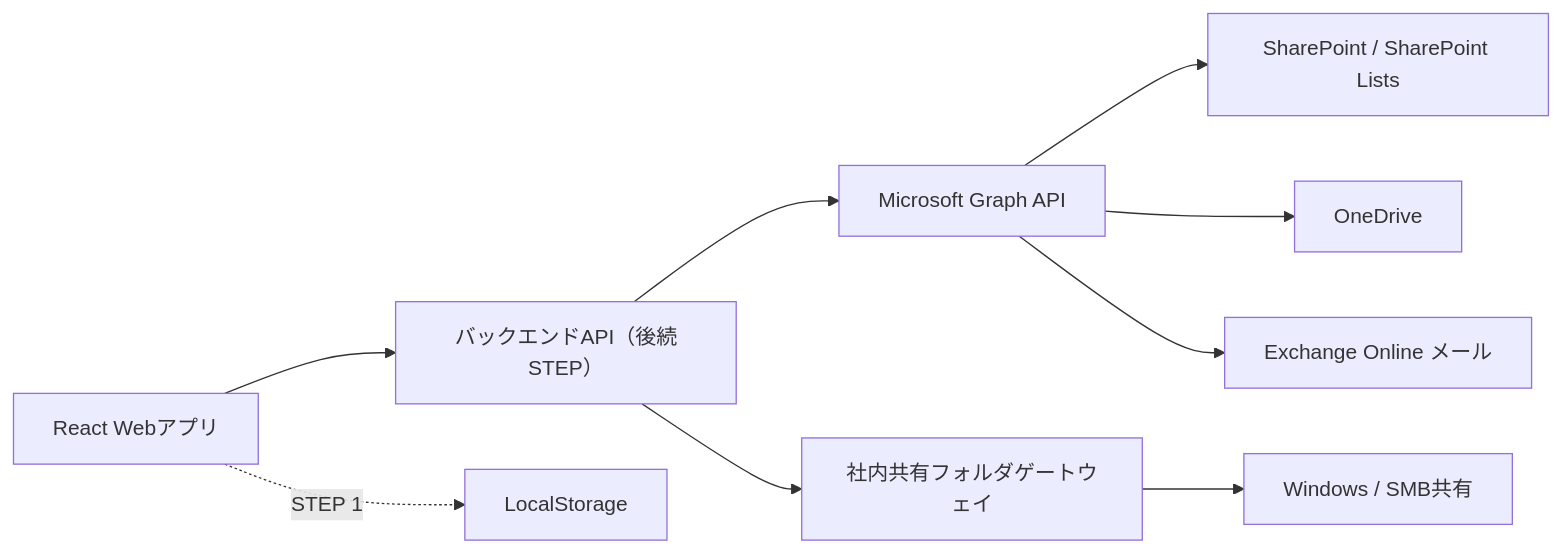
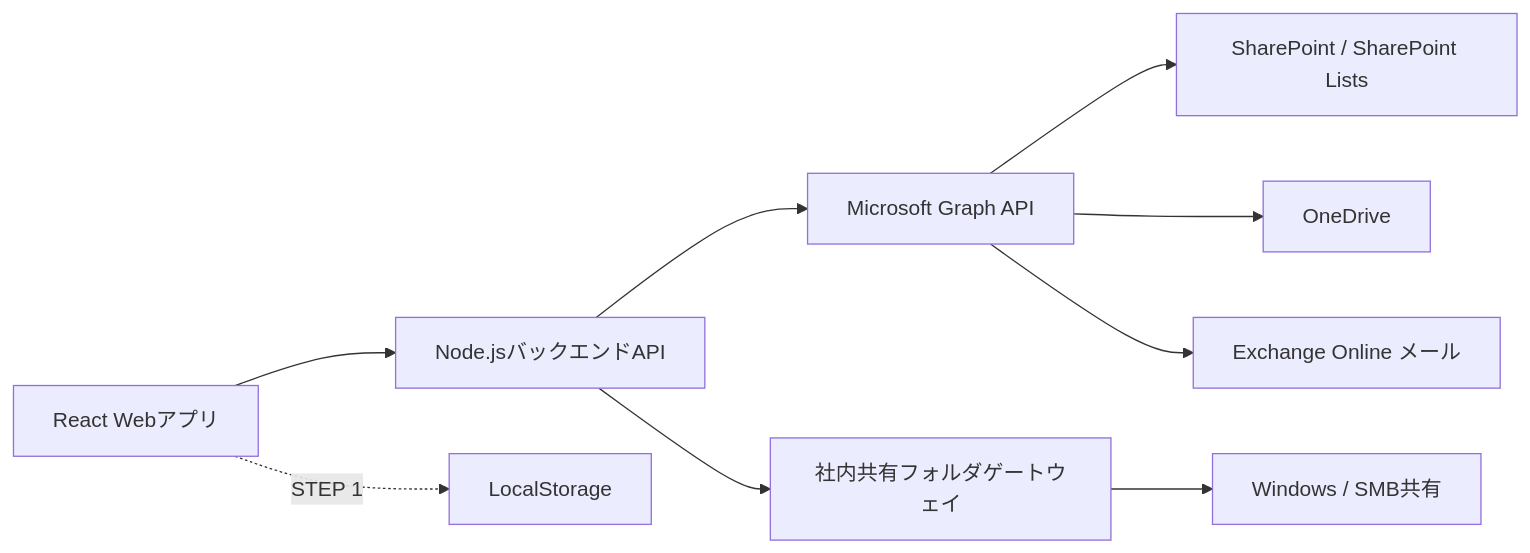
Before and after one commit to waragamef-png/approval-circulation-app: the diagram in README.md, drawn with Mermaid. The commit also changed other lines of this file and 22 other files, not shown here.

````diff
--- a/README.md
+++ b/README.md
@@ -27,11 +27,11 @@
 ```mermaid
 flowchart LR
-  Browser["React Webアプリ"] --> API["バックエンドAPI（後続STEP）"]
+  Browser["React Webアプリ"] --> API["Node.jsバックエンドAPI"]
   Browser -. "STEP 1" .-> LocalStorage["LocalStorage"]
   API --> Graph["Microsoft Graph API"]
   Graph --> SharePoint["SharePoint / SharePoint Lists"]
   Graph --> OneDrive["OneDrive"]
   Graph --> Exchange["Exchange Online メール"]
   API --> Gateway["社内共有フォルダゲートウェイ"]
   Gateway --> SMB["Windows / SMB共有"]
 ```
````
